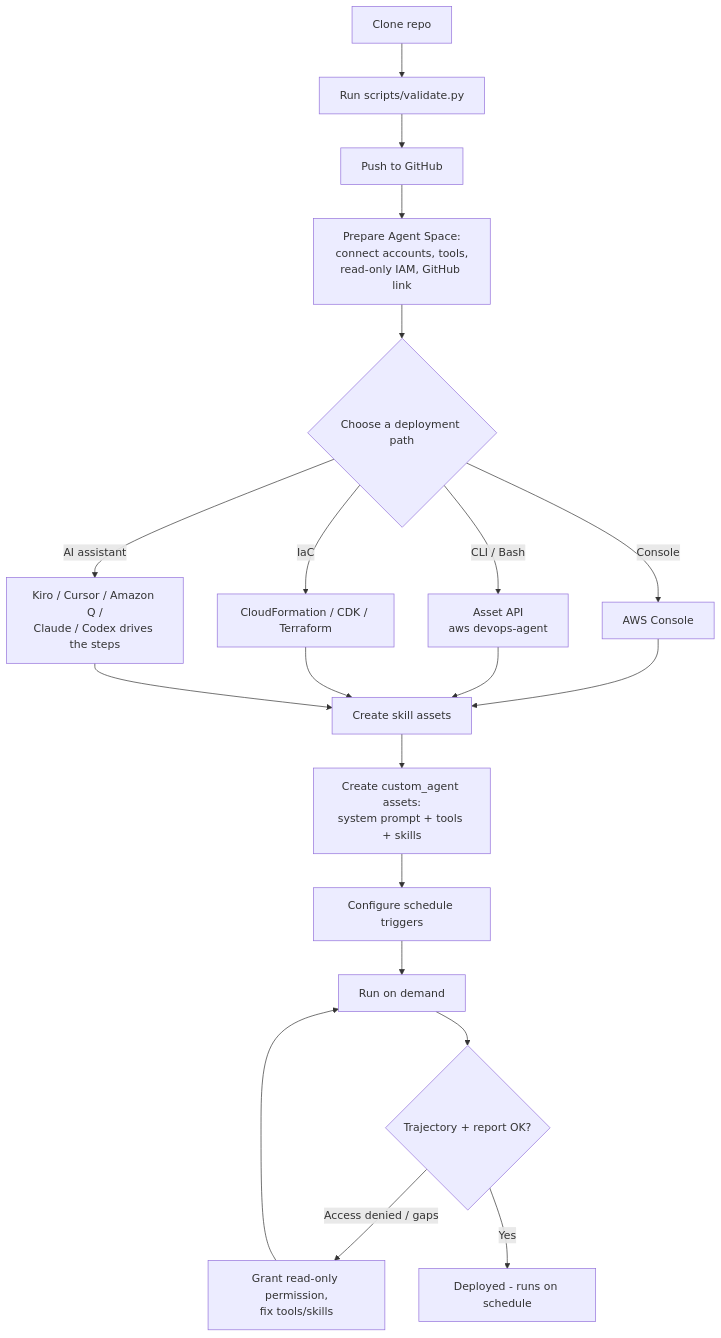
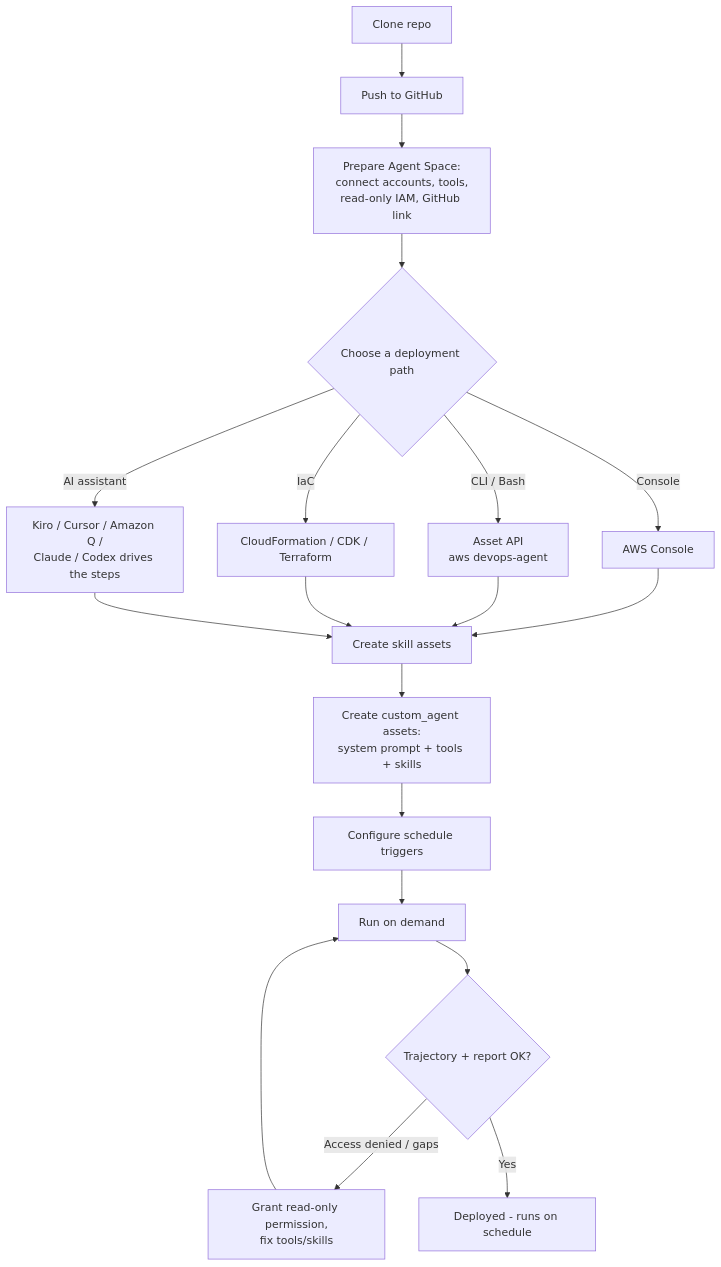
One commit to Misterb91123/aws-sample-ai-agents changed the third of 4 diagrams in README.md. Above: the diagram before and after it, drawn with Mermaid. The commit also changed other lines of this file and 1 other file, not shown here.

````diff
--- a/README.md
+++ b/README.md
@@ -176,24 +186,23 @@
 ```mermaid
 flowchart TD
-    A[Clone repo] --> B[Run scripts/validate.py]
-    B --> C[Push to GitHub]
+    A[Clone repo] --> C[Push to GitHub]
     C --> D[Prepare Agent Space:<br/>connect accounts, tools,<br/>read-only IAM, GitHub link]
     D --> E{Choose a deployment path}
 
     E -->|Console| F[AWS Console]
     E -->|CLI / Bash| G[Asset API<br/>aws devops-agent]
     E -->|IaC| H[CloudFormation / CDK / Terraform]
     E -->|AI assistant| I[Kiro / Cursor / Amazon Q /<br/>Claude / Codex drives the steps]
 
     F --> J
     G --> J
     H --> J
     I --> J
 
     J[Create skill assets] --> K[Create custom_agent assets:<br/>system prompt + tools + skills]
     K --> L[Configure schedule triggers]
     L --> M[Run on demand]
     M --> N{Trajectory + report OK?}
     N -->|Access denied / gaps| O[Grant read-only permission,<br/>fix tools/skills] --> M
     N -->|Yes| P[Deployed - runs on schedule]
 ```
````
